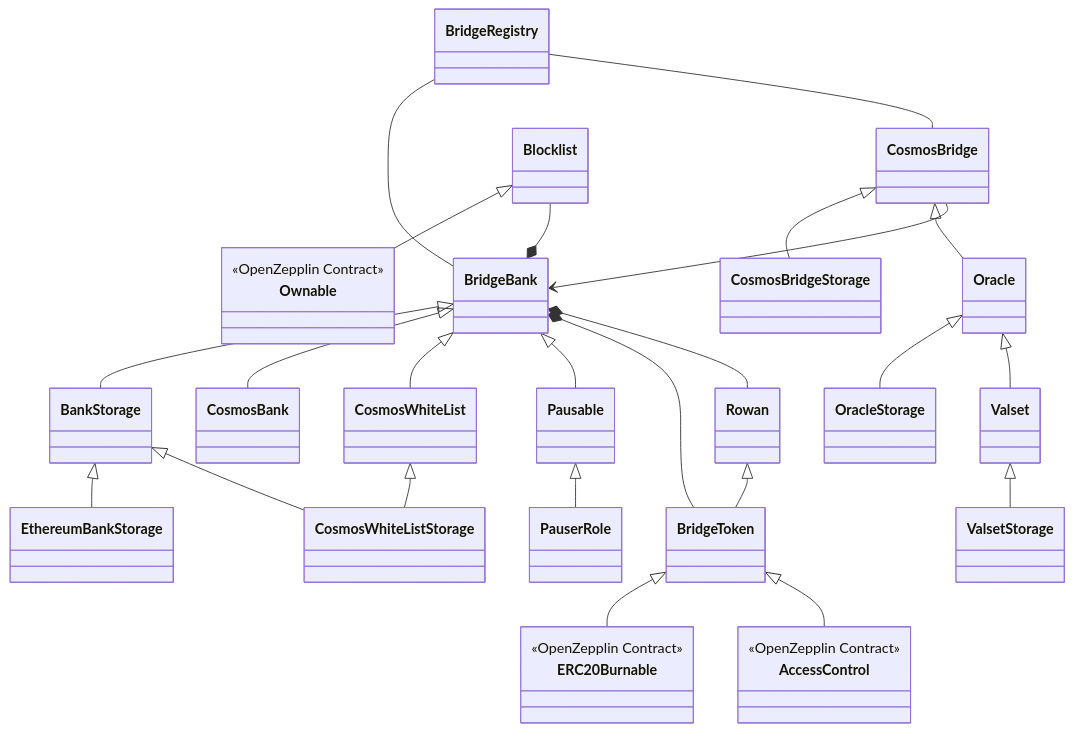
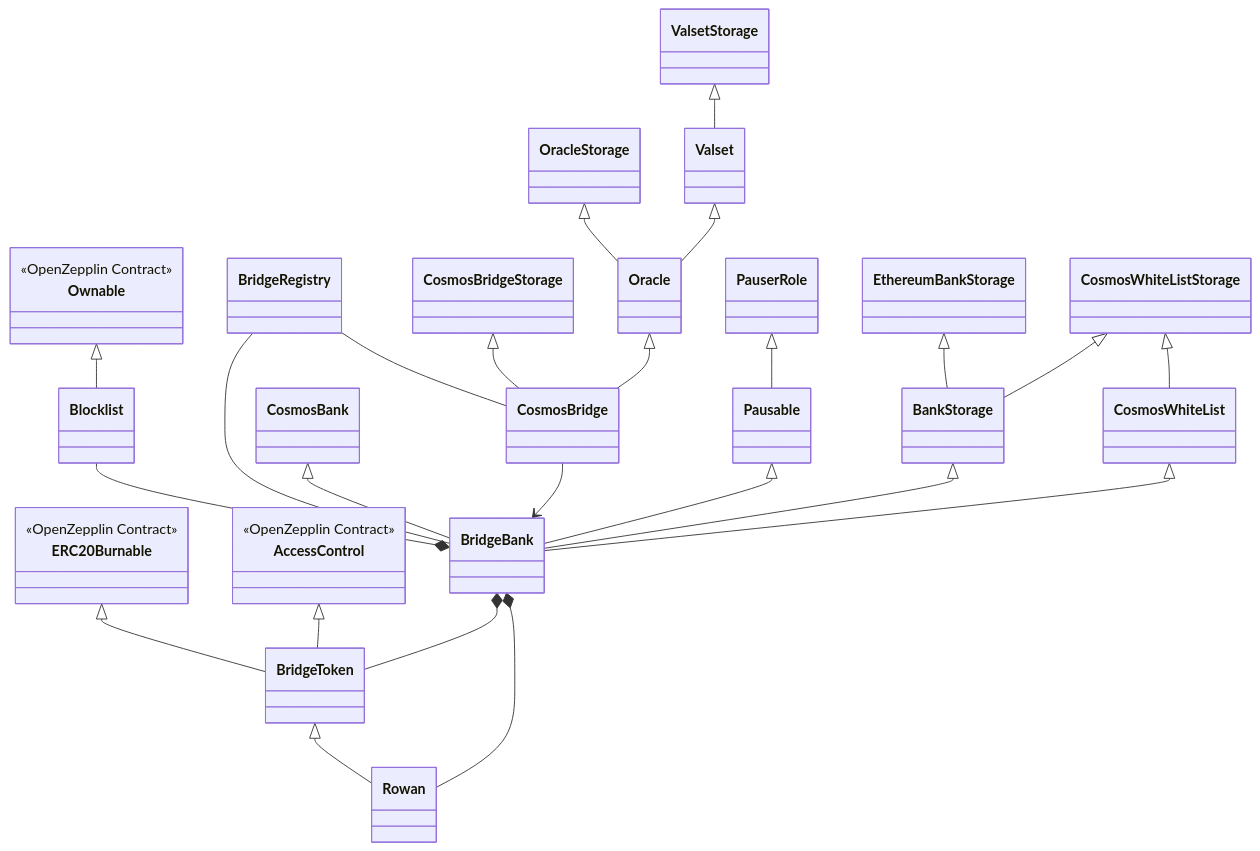
One commit to Sifchain/sifnode changed the first of 6 diagrams in docs/peggy/docs/contracts.md. Above: the diagram before and after it, drawn with Mermaid. The commit also changed other lines of this file, not shown here.

Commit message:
Changed direction of inheritance arrows in UML diagrams.

```diff
--- a/docs/peggy/docs/contracts.md
+++ b/docs/peggy/docs/contracts.md
@@ -59,44 +59,47 @@
   %% OFAC Compliance Contracts
   class Blocklist {
   }
+
   %% BridgeBank Inherits
-  BridgeBank <|-- BankStorage
-  BridgeBank <|-- CosmosBank
-  BridgeBank <|-- CosmosWhiteList
-  BridgeBank <|-- Pausable
+  BankStorage     <|-- BridgeBank
+  CosmosBank      <|-- BridgeBank
+  CosmosWhiteList <|-- BridgeBank
+  Pausable        <|-- BridgeBank
+  
   BridgeBank *-- BridgeToken
   BridgeBank *--Rowan
+
   %% BankStorage Inherits
-  BankStorage <|-- EthereumBankStorage
-  BankStorage <|-- CosmosWhiteListStorage
+  EthereumBankStorage <|-- BankStorage
+  CosmosWhiteListStorage <|-- BankStorage
 
 
   %% CosmosWhiteList Inherits
-  CosmosWhiteList <|-- CosmosWhiteListStorage
+  CosmosWhiteListStorage <|-- CosmosWhiteList
 
   %% Pausable Inherits
-  Pausable <|-- PauserRole
+  PauserRole <|-- Pausable
 
   %% Rowan Inherits
-  Rowan <|-- BridgeToken
+  BridgeToken <|-- Rowan
 
   %% BridgeToken Inherits
-  BridgeToken <|-- ERC20Burnable
-  BridgeToken <|-- AccessControl
+  ERC20Burnable <|-- BridgeToken
+  AccessControl <|-- BridgeToken
 
   %% Blocklist Inherits
-  Blocklist <|-- Ownable
+  Ownable <|-- Blocklist
 
   %% CosmosBridge Inherits
-  CosmosBridge <|-- CosmosBridgeStorage
-  CosmosBridge <|-- Oracle
+  CosmosBridgeStorage <|-- CosmosBridge
+  Oracle <|-- CosmosBridge
 
   %% Oracle Inherits
-  Oracle <|-- OracleStorage
-  Oracle <|-- Valset
+  OracleStorage <|-- Oracle
+  Valset <|-- Oracle
 
   %% Valset Inherits
-  Valset <|-- ValsetStorage
+  ValsetStorage <|-- Valset
 
   %% Link Association
   BridgeRegistry -- BridgeBank
```
